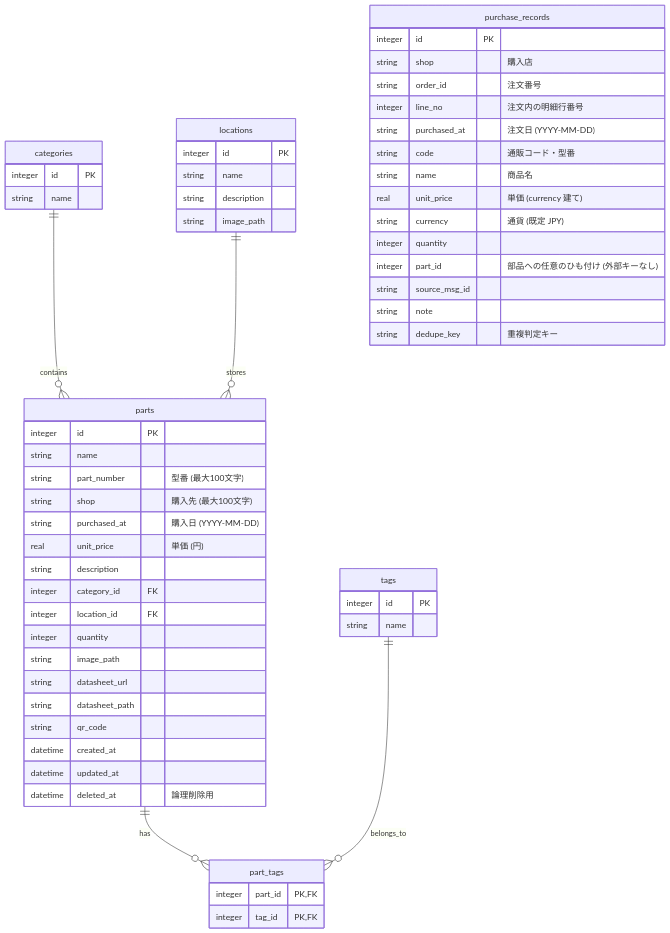
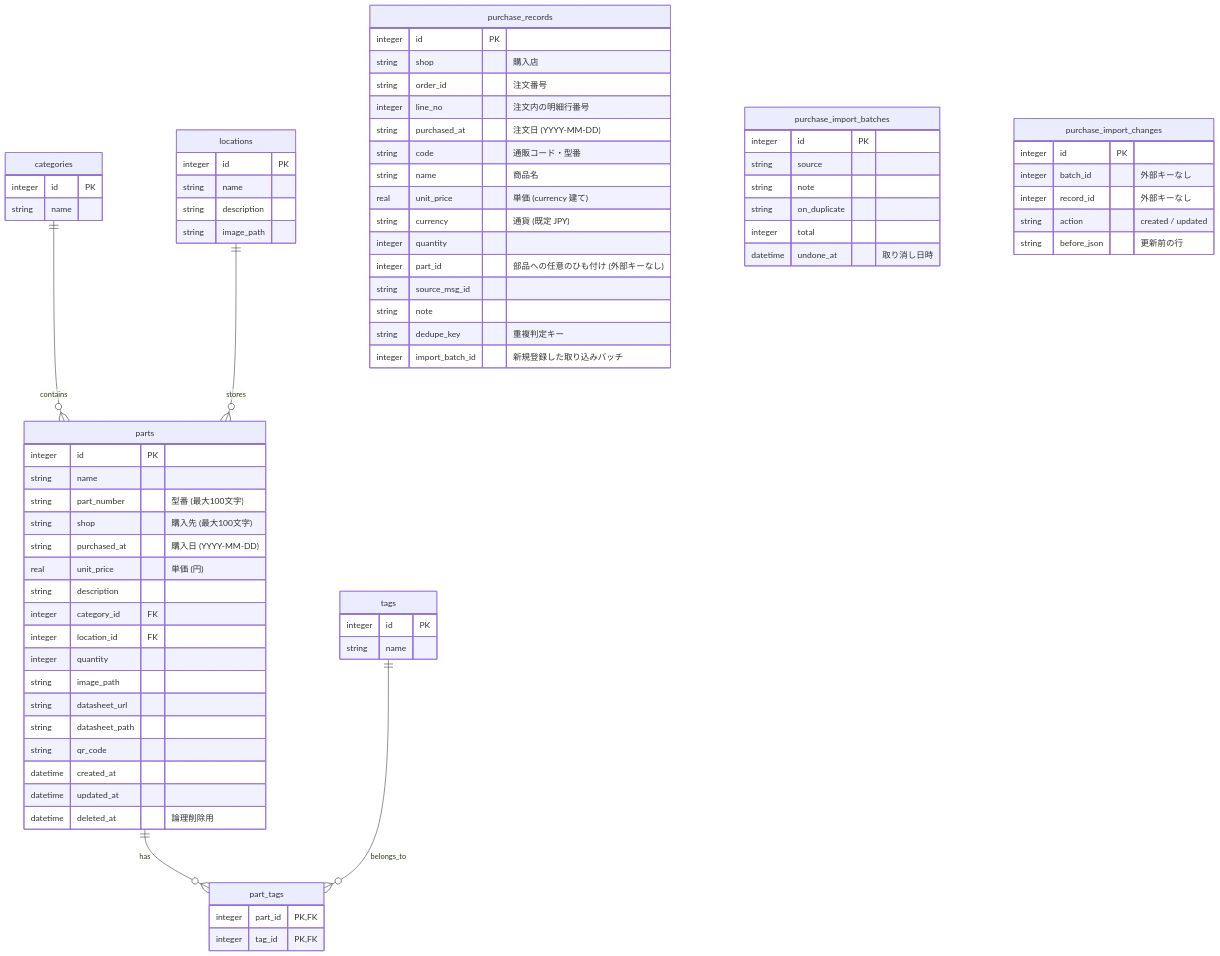
Before and after one commit to kuninet/electronic-parts-manager: the diagram in docs/DATABASE.md, drawn with Mermaid. The commit also changed other lines of this file and 24 other files, not shown here.

````diff
--- a/docs/DATABASE.md
+++ b/docs/DATABASE.md
@@ -69,5 +69,23 @@
         string source_msg_id
         string note
         string dedupe_key "重複判定キー"
+        integer import_batch_id "新規登録した取り込みバッチ"
+    }
+
+    purchase_import_batches {
+        integer id PK
+        string source
+        string note
+        string on_duplicate
+        integer total
+        datetime undone_at "取り消し日時"
+    }
+
+    purchase_import_changes {
+        integer id PK
+        integer batch_id "外部キーなし"
+        integer record_id "外部キーなし"
+        string action "created / updated"
+        string before_json "更新前の行"
     }
 ```
````
